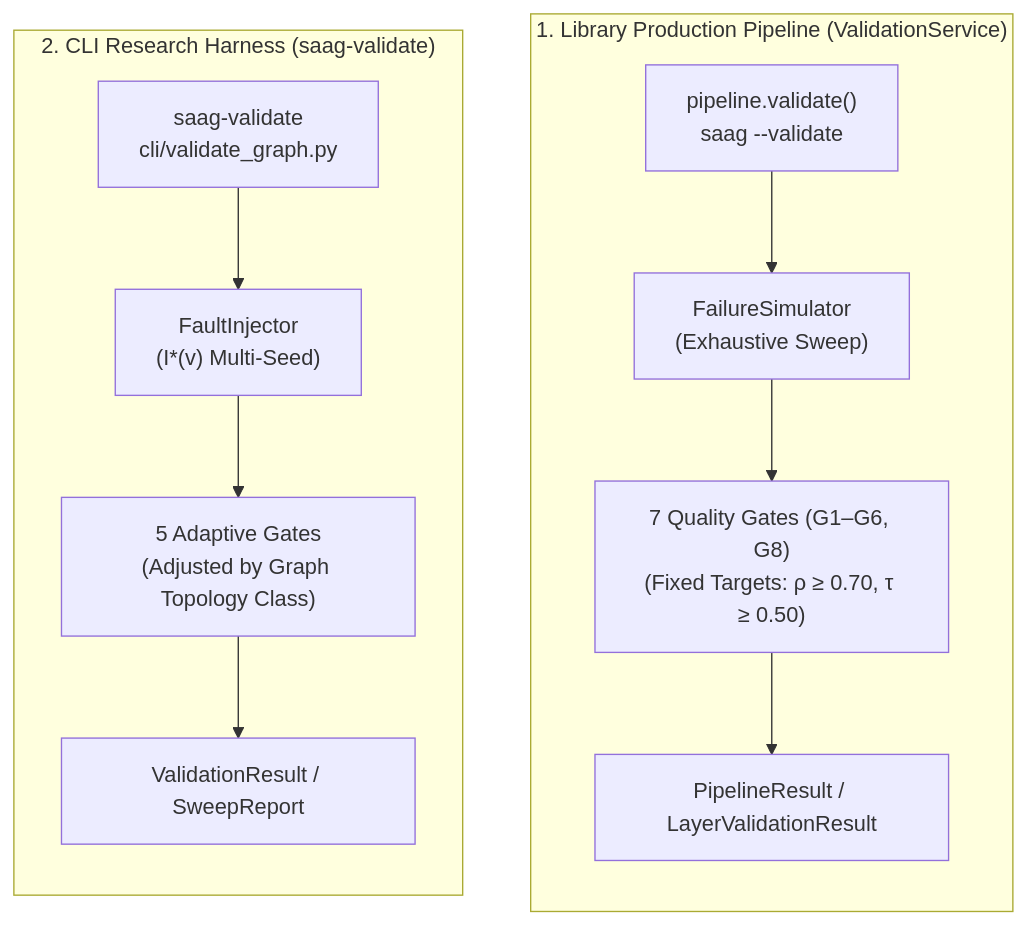
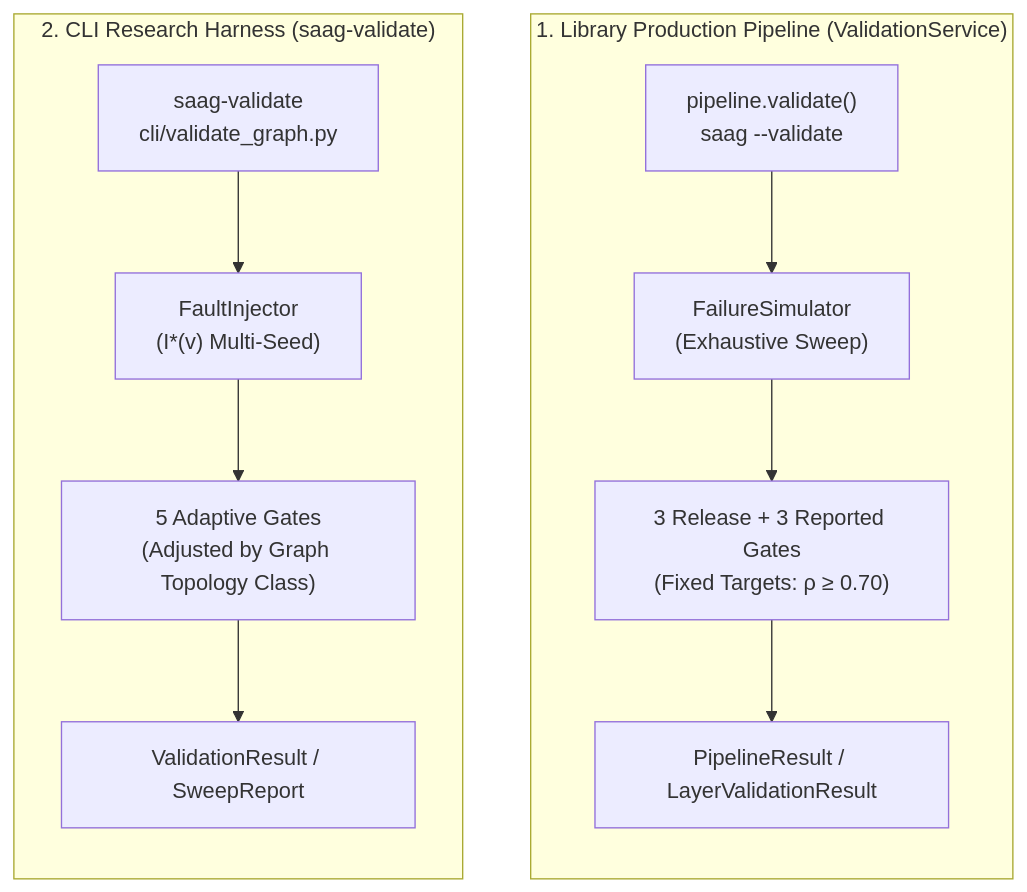
One commit to onuralpyigit/software-as-a-graph changed the second of 4 diagrams in docs/validation.md. Above: the diagram before and after it, drawn with Mermaid. The commit also changed other lines of this file and 47 other files, not shown here.

````diff
--- a/docs/validation.md
+++ b/docs/validation.md
@@ -78,16 +78,16 @@
 ```mermaid
 flowchart TD
     subgraph LibPath["1. Library Production Pipeline (ValidationService)"]
         direction TB
         L_CMD["pipeline.validate()<br>saag --validate"] --> L_ORC["FailureSimulator<br>(Exhaustive Sweep)"]
-        L_ORC --> L_GATES["7 Quality Gates (G1–G6, G8)<br>(Fixed Targets: ρ ≥ 0.70, τ ≥ 0.50)"]
+        L_ORC --> L_GATES["3 Release + 3 Reported Gates<br>(Fixed Targets: ρ ≥ 0.70)"]
         L_GATES --> L_OUT["PipelineResult / LayerValidationResult"]
     end
 
     subgraph CliPath["2. CLI Research Harness (saag-validate)"]
         direction TB
         C_CMD["saag-validate<br>cli/validate_graph.py"] --> C_ORC["FaultInjector<br>(I*(v) Multi-Seed)"]
         C_ORC --> C_GATES["5 Adaptive Gates<br>(Adjusted by Graph Topology Class)"]
         C_GATES --> C_OUT["ValidationResult / SweepReport"]
     end
 ```
````
